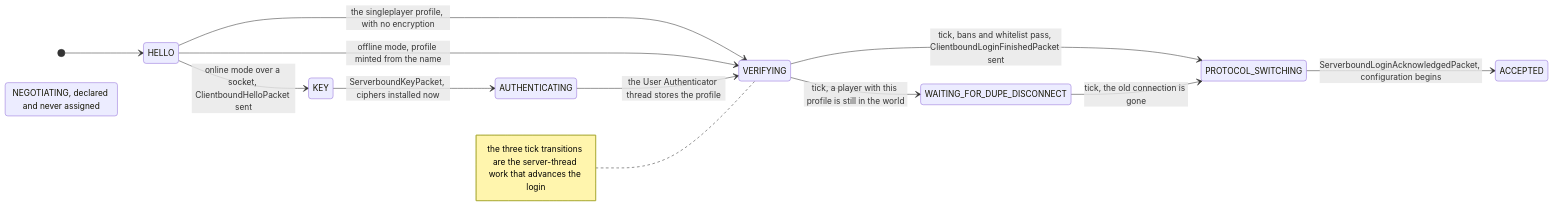
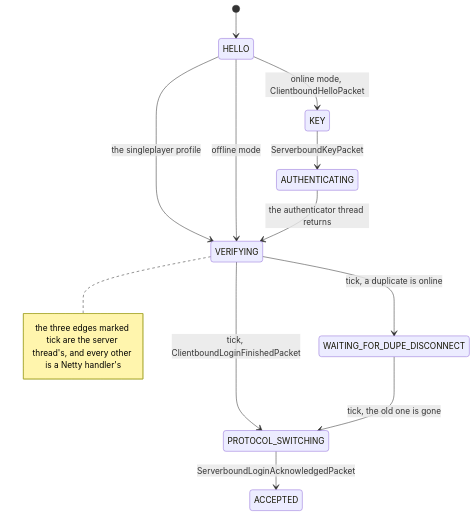
The second of 4 diagrams in src/systems/networking/protocol-phases.md (AlexanderjFraser/MinecraftDocs), drawn with Mermaid before and after one commit. The commit also changed other lines of this file and 11 other files, not shown here.

````diff
--- a/src/systems/networking/protocol-phases.md
+++ b/src/systems/networking/protocol-phases.md
@@ -142,16 +151,14 @@
 ```mermaid
 stateDiagram-v2
-    direction LR
     [*] --> HELLO
-    HELLO --> KEY : online mode over a socket, ClientboundHelloPacket sent
-    HELLO --> VERIFYING : the singleplayer profile, with no encryption
-    HELLO --> VERIFYING : offline mode, profile minted from the name
-    KEY --> AUTHENTICATING : ServerboundKeyPacket, ciphers installed now
-    AUTHENTICATING --> VERIFYING : the User Authenticator thread stores the profile
-    VERIFYING --> WAITING_FOR_DUPE_DISCONNECT : tick, a player with this profile is still in the world
-    VERIFYING --> PROTOCOL_SWITCHING : tick, bans and whitelist pass, ClientboundLoginFinishedPacket sent
-    WAITING_FOR_DUPE_DISCONNECT --> PROTOCOL_SWITCHING : tick, the old connection is gone
-    PROTOCOL_SWITCHING --> ACCEPTED : ServerboundLoginAcknowledgedPacket, configuration begins
-    NEGOTIATING : NEGOTIATING, declared and never assigned
-    note left of VERIFYING : the three tick transitions are the server-thread work that advances the login
+    HELLO --> KEY : online mode, ClientboundHelloPacket
+    HELLO --> VERIFYING : the singleplayer profile
+    HELLO --> VERIFYING : offline mode
+    KEY --> AUTHENTICATING : ServerboundKeyPacket
+    AUTHENTICATING --> VERIFYING : the authenticator thread returns
+    VERIFYING --> WAITING_FOR_DUPE_DISCONNECT : tick, a duplicate is online
+    VERIFYING --> PROTOCOL_SWITCHING : tick, ClientboundLoginFinishedPacket
+    WAITING_FOR_DUPE_DISCONNECT --> PROTOCOL_SWITCHING : tick, the old one is gone
+    PROTOCOL_SWITCHING --> ACCEPTED : ServerboundLoginAcknowledgedPacket
+    note right of VERIFYING : the three edges marked tick are the server thread's, and every other is a Netty handler's
 ```
````
